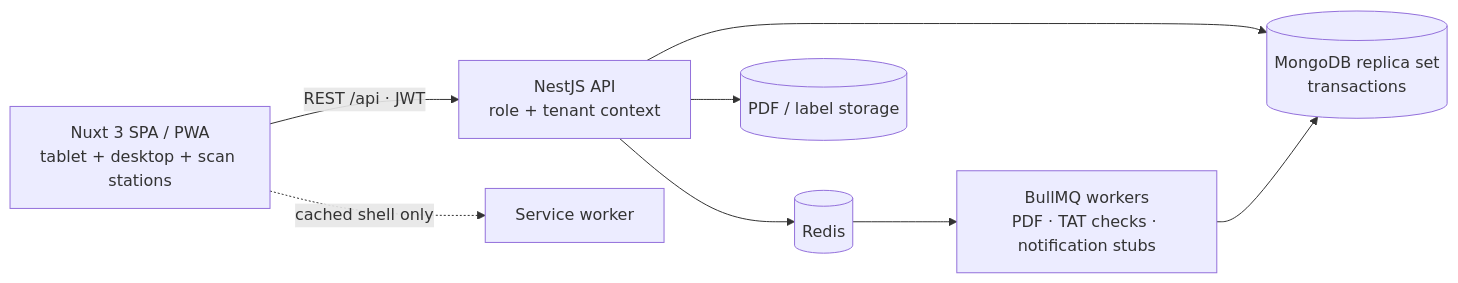
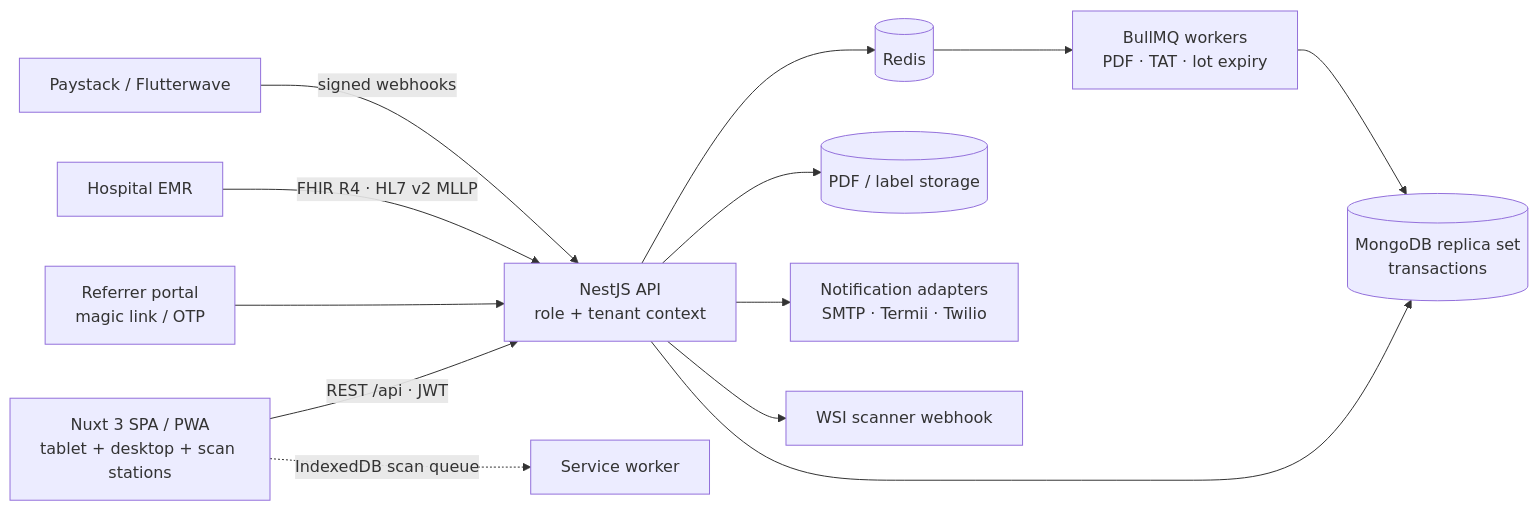
One commit to markeyz-code/histopathology-lims-web changed the diagram in README.md. Above: the diagram before and after it, drawn with Mermaid. The commit also changed other lines of this file and 10 other files, not shown here.

Commit message:
docs: document phase 2/3 workflows architecture and demos

````diff
--- a/README.md
+++ b/README.md
@@ -37,10 +65,15 @@
 ```mermaid
 flowchart LR
   Browser["Nuxt 3 SPA / PWA<br/>tablet + desktop + scan stations"] -->|"REST /api · JWT"| API["NestJS API<br/>role + tenant context"]
+  Portal["Referrer portal<br/>magic link / OTP"] --> API
+  EMR["Hospital EMR"] -->|"FHIR R4 · HL7 v2 MLLP"| API
+  Payer["Paystack / Flutterwave"] -->|"signed webhooks"| API
   API --> Mongo[("MongoDB replica set<br/>transactions")]
   API --> Redis[("Redis")]
-  Redis --> Workers["BullMQ workers<br/>PDF · TAT checks · notification stubs"]
+  Redis --> Workers["BullMQ workers<br/>PDF · TAT · lot expiry"]
   API --> Disk[("PDF / label storage")]
+  API --> Outbox["Notification adapters<br/>SMTP · Termii · Twilio"]
+  API --> WSI["WSI scanner webhook"]
   Workers --> Mongo
-  Browser -. "cached shell only" .-> SW["Service worker"]
+  Browser -. "IndexedDB scan queue" .-> SW["Service worker"]
 ```
````
